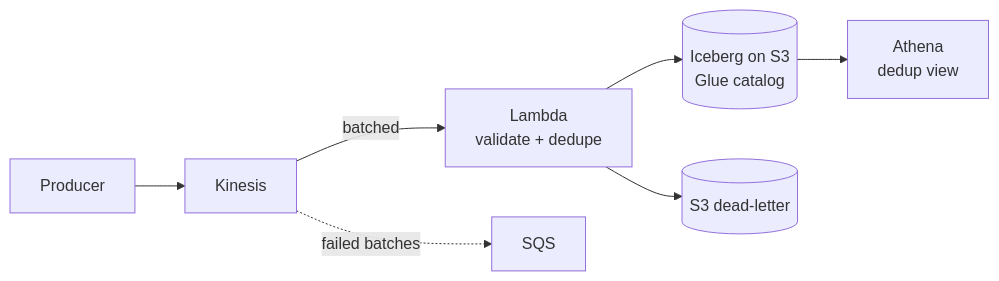
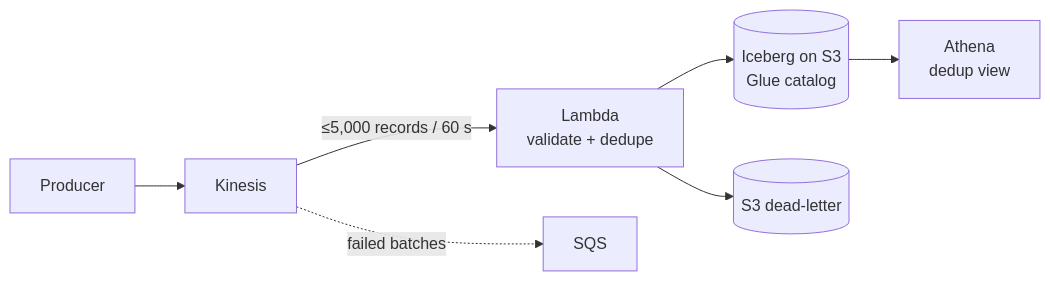
The third of 5 diagrams in README.md (rugweshreddygankidi-stack/rugweshreddygankidi-stack), drawn with Mermaid before and after one commit. The commit also changed other lines of this file, not shown here.

````diff
--- a/README.md
+++ b/README.md
@@ -69,9 +135,9 @@
 ```mermaid
 flowchart LR
     P[Producer] --> K[Kinesis]
-    K -->|batched| L["Lambda<br/>validate + dedupe"]
+    K -->|"≤5,000 records / 60 s"| L["Lambda<br/>validate + dedupe"]
     L --> I[("Iceberg on S3<br/>Glue catalog")]
     L --> D[("S3 dead-letter")]
     K -.->|failed batches| Q[SQS]
     I --> A["Athena<br/>dedup view"]
 ```
````
